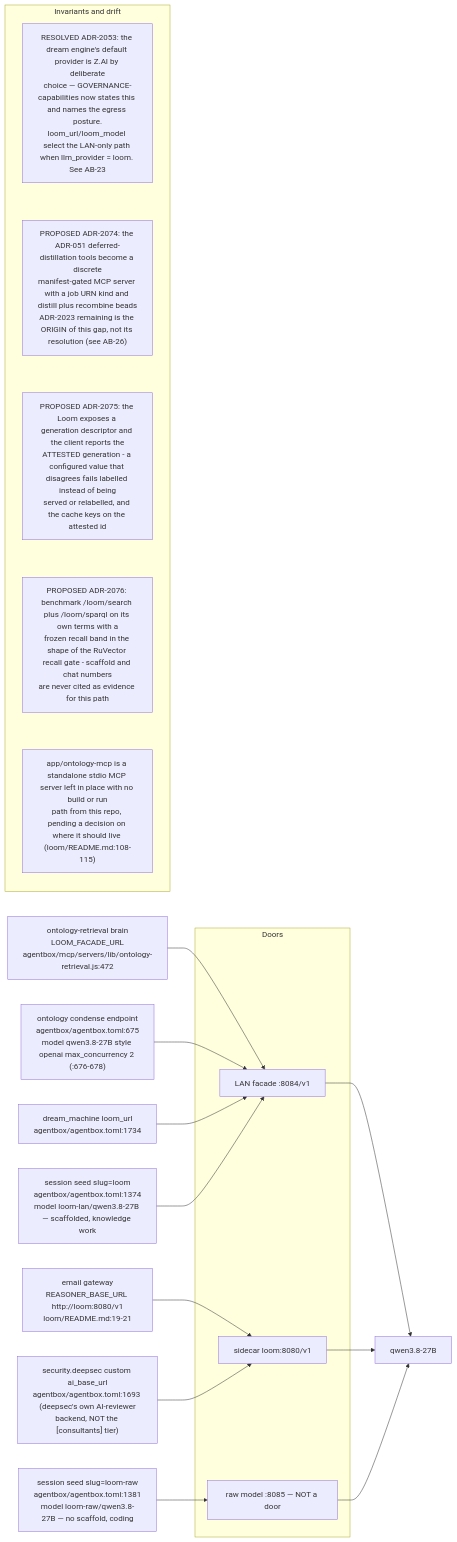
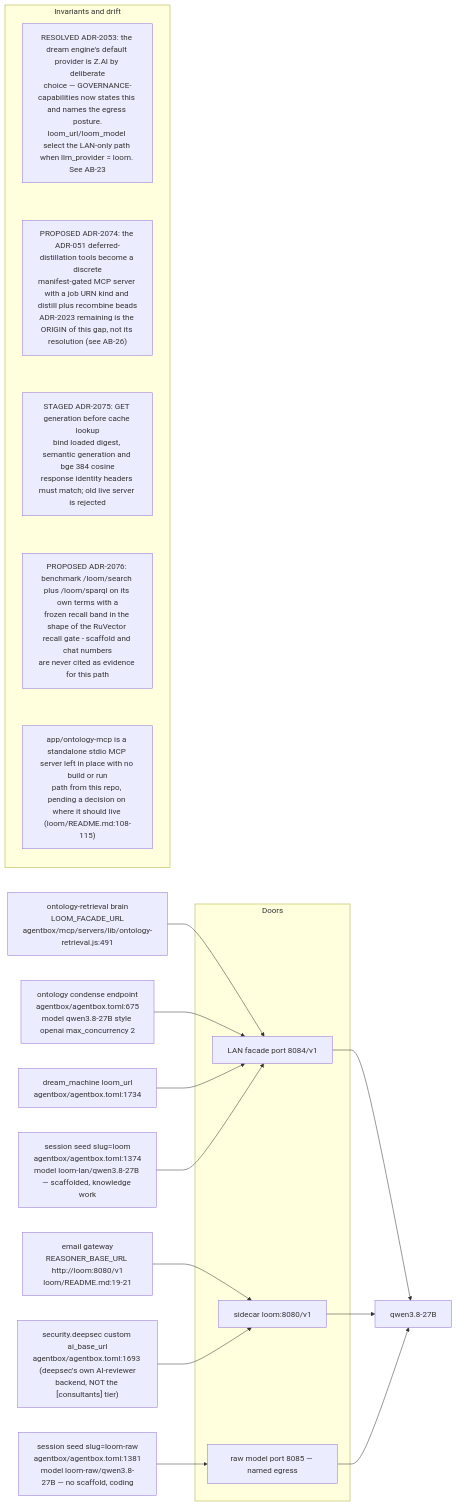
Before and after one commit to DreamLab-AI/VisionFlow: the ninth of 9 diagrams in docs/diagrams/agentbox/24-loom-facade.md, drawn with Mermaid. The commit also changed other lines of this file and 7 other files, not shown here.

Commit message:
docs(diagrams): bind closeout security and retrieval flows to source

````diff
--- a/docs/diagrams/agentbox/24-loom-facade.md
+++ b/docs/diagrams/agentbox/24-loom-facade.md
@@ -377,27 +352,27 @@
 ```mermaid
 flowchart LR
     subgraph doors["Doors"]
-        D84["LAN facade :8084/v1"]
+        D84["LAN facade port 8084/v1"]
         D80["sidecar loom:8080/v1"]
-        D85["raw model :8085 — NOT a door"]
+        D85["raw model port 8085 — named egress"]
     end
-    RET["ontology-retrieval brain<br/>LOOM_FACADE_URL<br/>agentbox/mcp/servers/lib/ontology-retrieval.js:472"] --> D84
-    COND["ontology condense endpoint<br/>agentbox/agentbox.toml:675<br/>model qwen3.8-27B style openai max_concurrency 2 (:676-678)"] --> D84
+    RET["ontology-retrieval brain<br/>LOOM_FACADE_URL<br/>agentbox/mcp/servers/lib/ontology-retrieval.js:491"] --> D84
+    COND["ontology condense endpoint<br/>agentbox/agentbox.toml:675<br/>model qwen3.8-27B style openai max_concurrency 2"] --> D84
     DREAM["dream_machine loom_url<br/>agentbox/agentbox.toml:1734"] --> D84
     SEEDL["session seed slug=loom<br/>agentbox/agentbox.toml:1374<br/>model loom-lan/qwen3.8-27B — scaffolded, knowledge work"] --> D84
     SEEDR["session seed slug=loom-raw<br/>agentbox/agentbox.toml:1381<br/>model loom-raw/qwen3.8-27B — no scaffold, coding"] --> D85
     EMAIL["email gateway<br/>REASONER_BASE_URL http://loom:8080/v1<br/>loom/README.md:19-21"] --> D80
     CUST["security.deepsec custom ai_base_url<br/>agentbox/agentbox.toml:1693 #40;deepsec#39;s own AI-reviewer<br/>backend, NOT the #91;consultants#93; tier#41;"] --> D80
     D84 --> M["qwen3.8-27B"]
     D80 --> M
     D85 --> M
     subgraph notes["Invariants and drift"]
         direction TB
         N1["RESOLVED ADR-2053: the dream engine's default provider is Z.AI by deliberate<br/>choice — GOVERNANCE-capabilities now states this and names the egress posture.<br/>loom_url/loom_model select the LAN-only path when llm_provider = loom. See AB-23"]
         N2["PROPOSED ADR-2074: the ADR-051 deferred-distillation tools become a discrete<br/>manifest-gated MCP server with a job URN kind and distill plus recombine beads<br/>ADR-2023 remaining is the ORIGIN of this gap, not its resolution (see AB-26)"]
-        N3["PROPOSED ADR-2075: the Loom exposes a generation descriptor and the client reports the<br/>ATTESTED generation - a configured value that disagrees fails labelled instead of being<br/>served or relabelled, and the cache keys on the attested id"]
+        N3["STAGED ADR-2075: GET generation before cache lookup<br/>bind loaded digest, semantic generation and bge 384 cosine<br/>response identity headers must match; old live server is rejected"]
         N4["PROPOSED ADR-2076: benchmark /loom/search plus /loom/sparql on its own terms with a<br/>frozen recall band in the shape of the RuVector recall gate - scaffold and chat numbers<br/>are never cited as evidence for this path"]
         N5["app/ontology-mcp is a standalone stdio MCP server left in place with no build or run<br/>path from this repo, pending a decision on where it should live (loom/README.md:108-115)"]
         N1 ~~~ N2 ~~~ N3 ~~~ N4 ~~~ N5
     end
 ```
````
